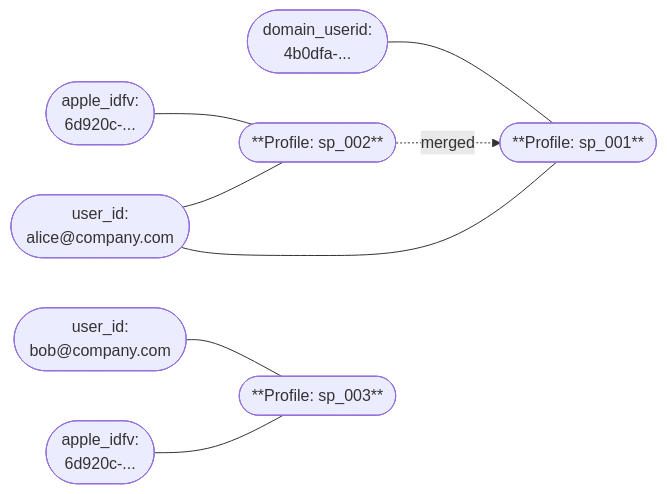
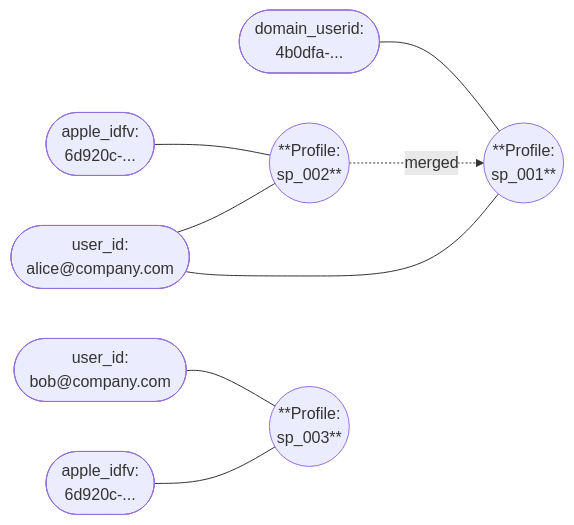
Before and after one commit to snowplow/documentation: the fifth of 9 diagrams in docs/identities/concepts/index.md, drawn with Mermaid. The commit also changed other lines of this file and 2 other files, not shown here.

````diff
--- a/docs/identities/concepts/index.md
+++ b/docs/identities/concepts/index.md
@@ -143,21 +150,21 @@
 ```mermaid
 graph LR
     A(["domain_userid:<br/>4b0dfa-..."])
     B(["user_id:<br/>alice@company.com"])
     C1(["apple_idfv:<br/>6d920c-..."])
-    P1(["**Profile: sp_001**"])
-    P2(["**Profile: sp_002**"])
+    P1(("**Profile:<br/> sp_001**"))
+    P2(("**Profile:<br/> sp_002**"))
 
     A --- P1
     B --- P1
     C1 --- P2
     B --- P2
     P2 -. merged .-> P1
 
     C2(["apple_idfv:<br/>6d920c-..."])
     BobB(["user_id:<br/>bob@company.com"])
-    BobC(["**Profile: sp_003**"])
+    BobC(("**Profile:<br/> sp_003**"))
 
     C2 --- BobC
     BobB --- BobC
 ```
````
